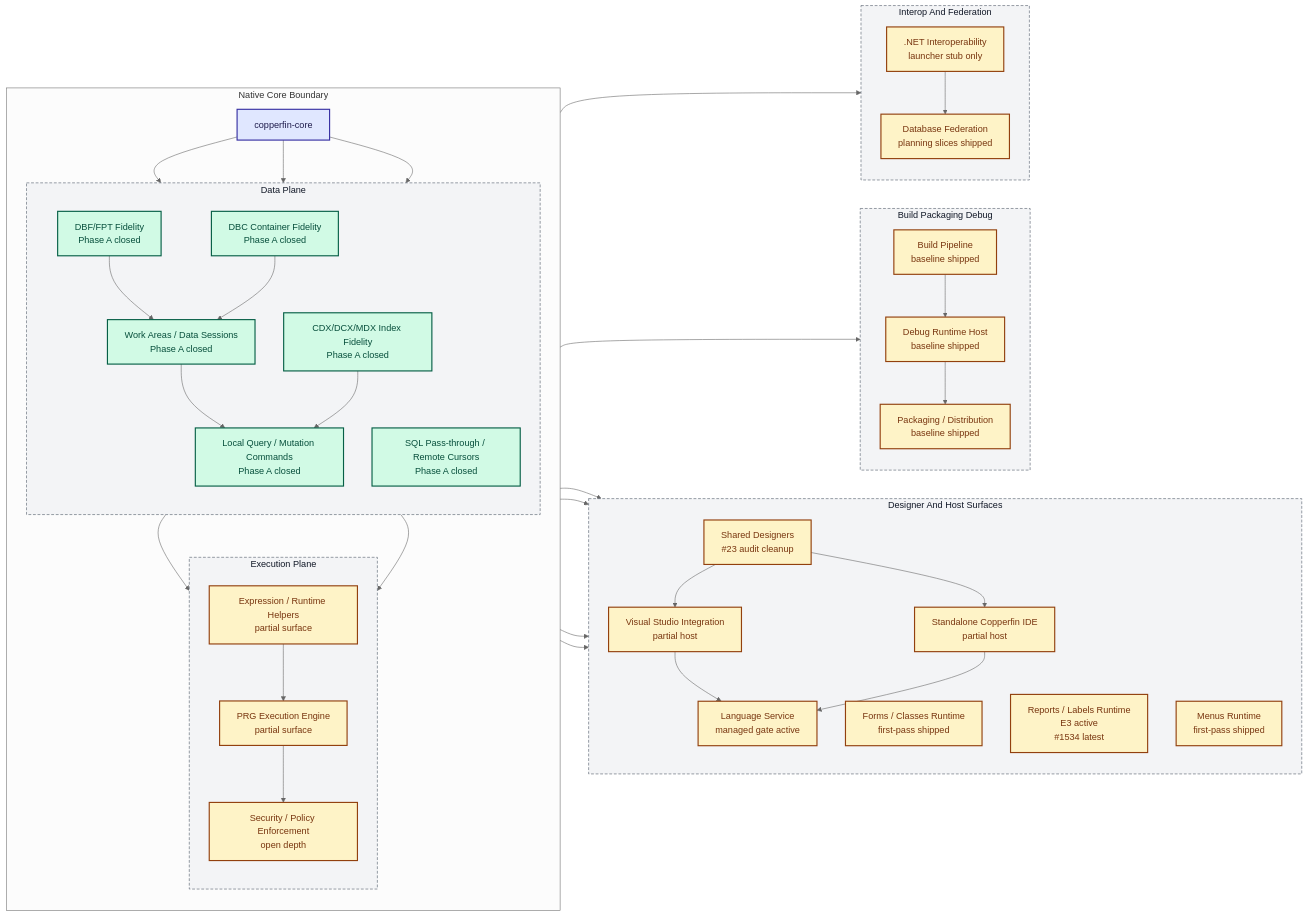
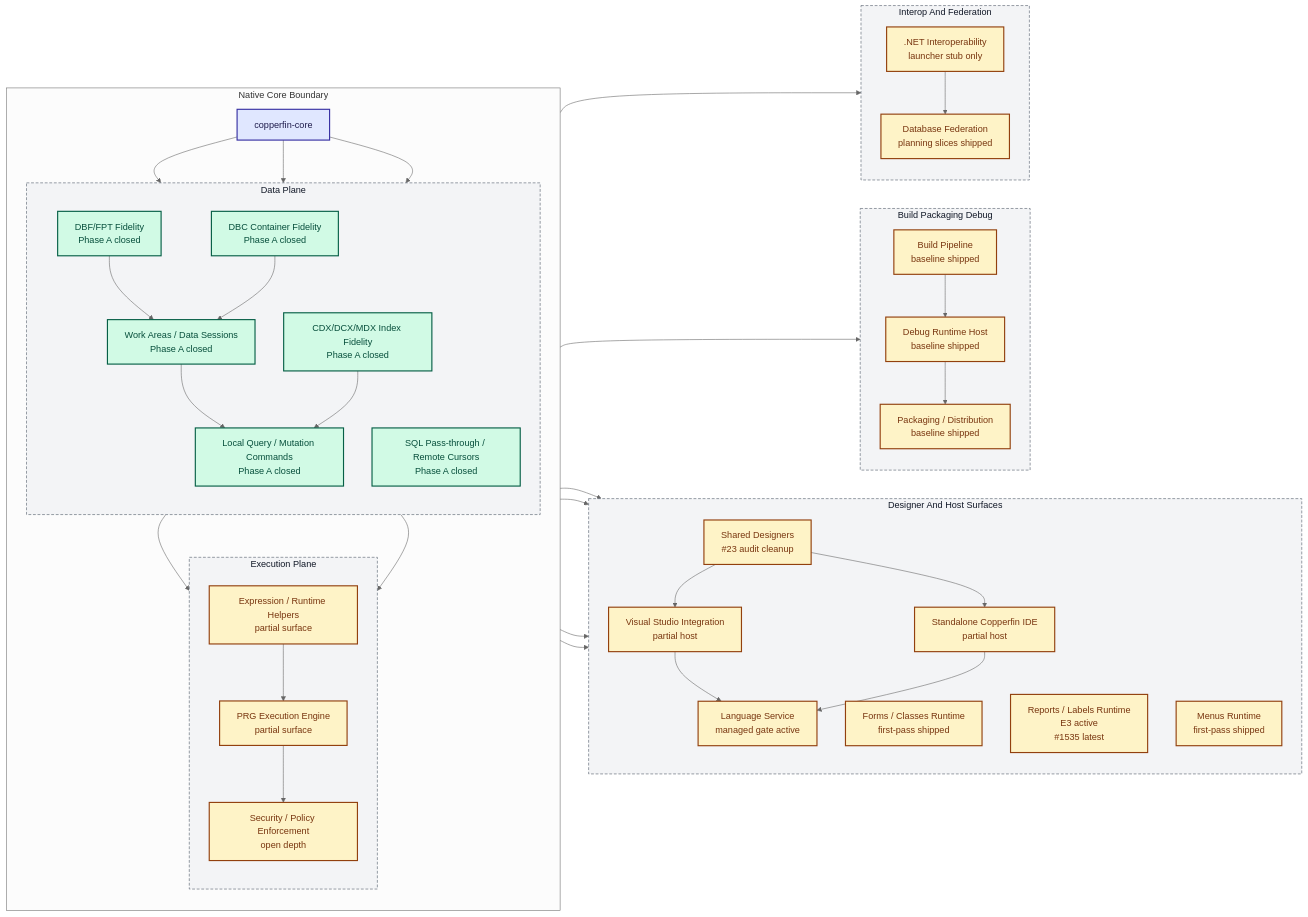
Before and after one commit to rhamenator/Project-Copperfin: the diagram in docs/02-architecture.md, drawn with Mermaid (neutral theme). The commit also changed 7 other files, not shown here.

```diff
--- a/docs/02-architecture.md
+++ b/docs/02-architecture.md
@@ -36,7 +36,7 @@
         direction TB
         DES["Shared Designers<br/>#23 audit cleanup"]
         FORMS["Forms / Classes Runtime<br/>first-pass shipped"]
-        RPT["Reports / Labels Runtime<br/>E3 active<br/>#1534 latest"]
+        RPT["Reports / Labels Runtime<br/>E3 active<br/>#1535 latest"]
         MENU["Menus Runtime<br/>first-pass shipped"]
         VS["Visual Studio Integration<br/>partial host"]
         IDE["Standalone Copperfin IDE<br/>partial host"]
```
